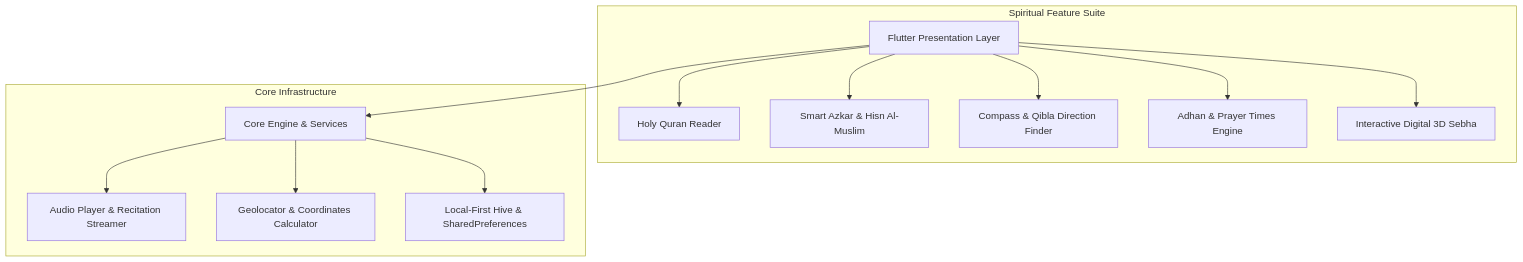
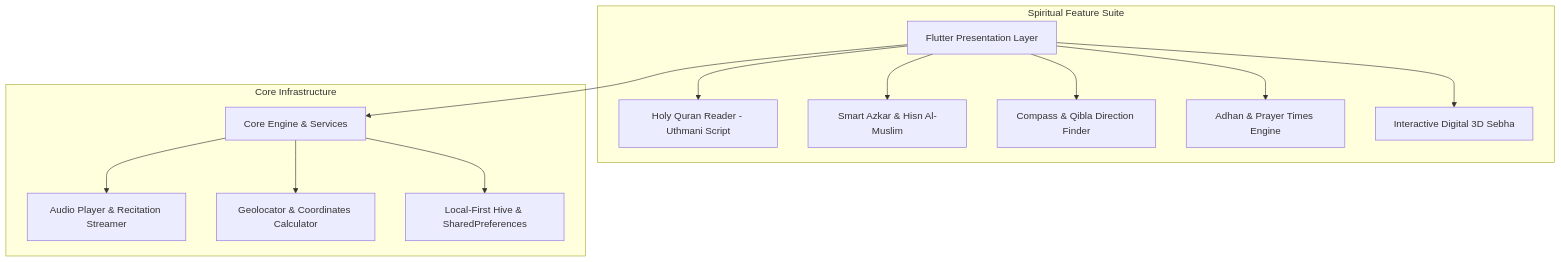
One commit to ahmeddigitalhubofficial-prog/sakan-alrooh-quran-app changed the diagram in README.md. Above: the diagram before and after it, drawn with Mermaid. The commit also changed other lines of this file, not shown here.

Commit message:
docs: embed official store banners and graphics into README

````diff
--- a/README.md
+++ b/README.md
@@ -14,18 +24,18 @@
 ```mermaid
 graph TD
     UI[Flutter Presentation Layer] --> Core[Core Engine & Services]
     
     subgraph "Spiritual Feature Suite"
-        UI --> Quran[Holy Quran Reader]
+        UI --> Quran[Holy Quran Reader - Uthmani Script]
         UI --> Azkar[Smart Azkar & Hisn Al-Muslim]
         UI --> Qibla[Compass & Qibla Direction Finder]
         UI --> Prayer[Adhan & Prayer Times Engine]
         UI --> Sebha[Interactive Digital 3D Sebha]
     end
 
     subgraph "Core Infrastructure"
         Core --> Audio[Audio Player & Recitation Streamer]
         Core --> Geo[Geolocator & Coordinates Calculator]
         Core --> Storage[Local-First Hive & SharedPreferences]
     end
 ```
````
